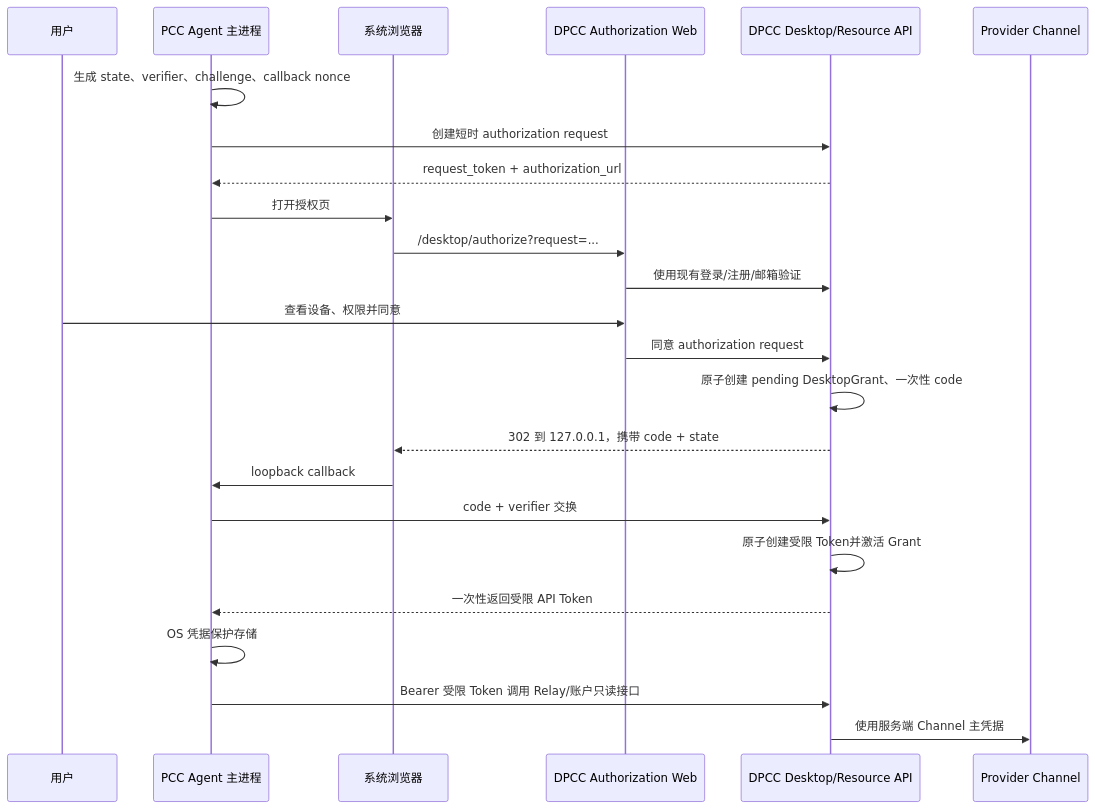
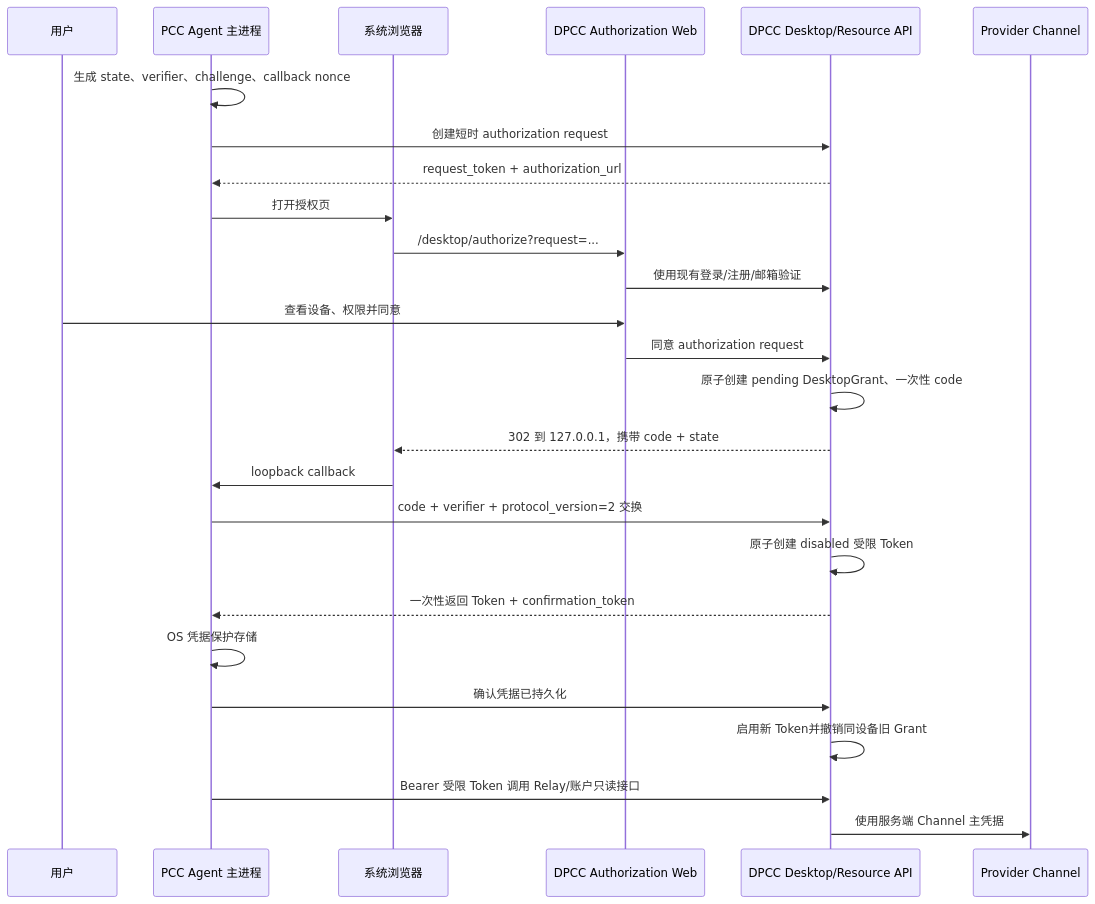
One commit to DUNHKpcc/new-api changed the diagram in docs/pcc-agent-browser-authorization-design.md. Above: the diagram before and after it, drawn with Mermaid. The commit also changed other lines of this file and 25 other files, not shown here.

````diff
--- a/docs/pcc-agent-browser-authorization-design.md
+++ b/docs/pcc-agent-browser-authorization-design.md
@@ -117,27 +117,29 @@
 ```mermaid
 sequenceDiagram
     participant U as 用户
     participant A as PCC Agent 主进程
     participant B as 系统浏览器
     participant W as DPCC Authorization Web
     participant N as DPCC Desktop/Resource API
     participant P as Provider Channel
 
     A->>A: 生成 state、verifier、challenge、callback nonce
     A->>N: 创建短时 authorization request
     N-->>A: request_token + authorization_url
     A->>B: 打开授权页
     B->>W: /desktop/authorize?request=...
     W->>N: 使用现有登录/注册/邮箱验证
     U->>W: 查看设备、权限并同意
     W->>N: 同意 authorization request
     N->>N: 原子创建 pending DesktopGrant、一次性 code
     N-->>B: 302 到 127.0.0.1，携带 code + state
     B->>A: loopback callback
-    A->>N: code + verifier 交换
-    N->>N: 原子创建受限 Token并激活 Grant
-    N-->>A: 一次性返回受限 API Token
+    A->>N: code + verifier + protocol_version=2 交换
+    N->>N: 原子创建 disabled 受限 Token
+    N-->>A: 一次性返回 Token + confirmation_token
     A->>A: OS 凭据保护存储
+    A->>N: 确认凭据已持久化
+    N->>N: 启用新 Token并撤销同设备旧 Grant
     A->>N: Bearer 受限 Token 调用 Relay/账户只读接口
     N->>P: 使用服务端 Channel 主凭据
 ```
````
